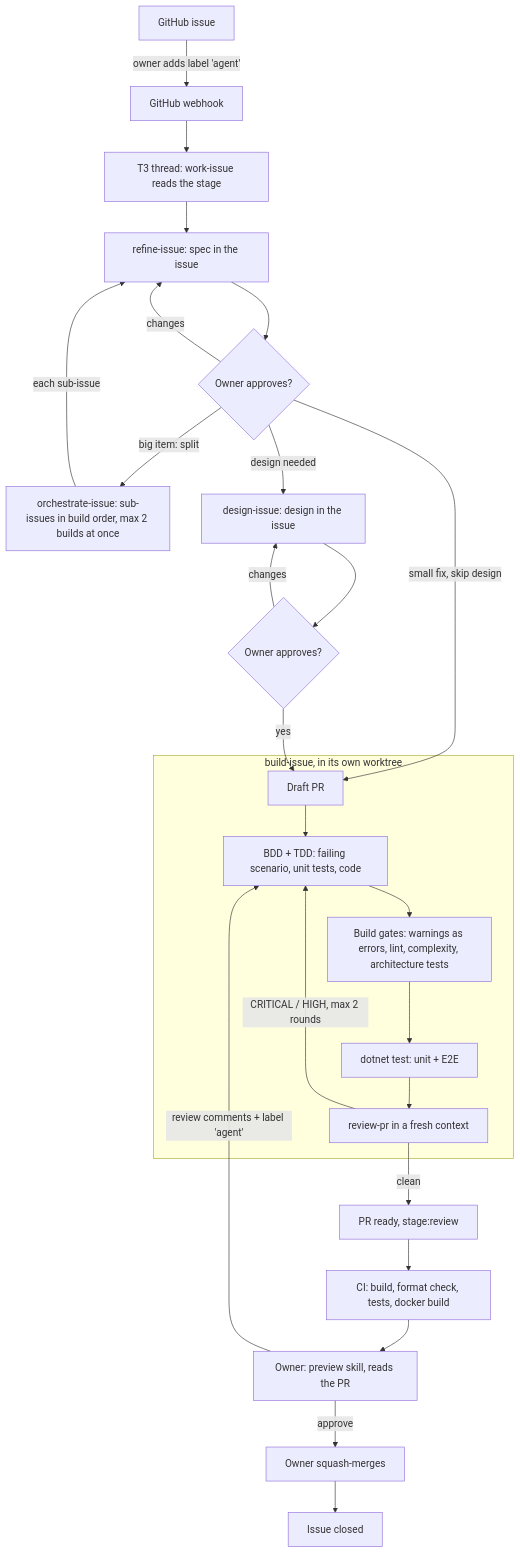
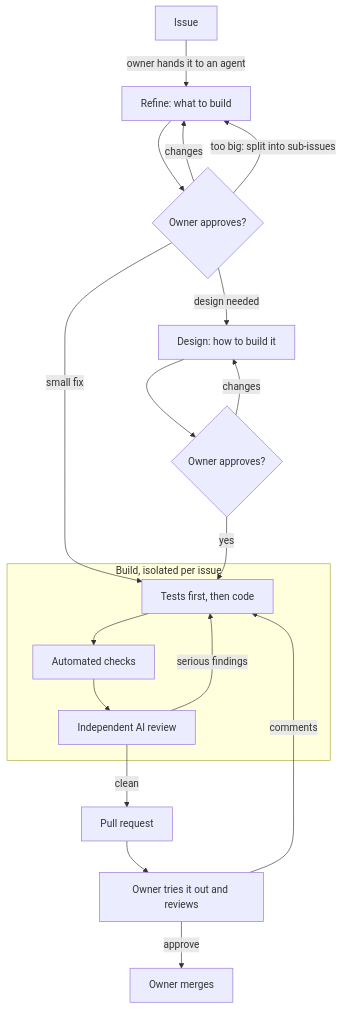
Before and after one commit to dennis-kaminski-cp/rotation-tracker: the diagram in README.md, drawn with Mermaid. The commit also changed other lines of this file, not shown here.

Commit message:
docs: README describes the AI workflow and guard rails without file or rule details

````diff
--- a/README.md
+++ b/README.md
@@ -31,31 +31,23 @@
 ```mermaid
 flowchart TD
-    issue["GitHub issue"] -->|"owner adds label 'agent'"| hook["GitHub webhook"]
-    hook --> thread["T3 thread: work-issue reads the stage"]
-
-    thread --> refine["refine-issue: spec in the issue"]
+    issue["Issue"] -->|"owner hands it to an agent"| refine["Refine: what to build"]
     refine --> ok1{"Owner approves?"}
     ok1 -->|"changes"| refine
-    ok1 -->|"big item: split"| orch["orchestrate-issue: sub-issues in build order, max 2 builds at once"]
-    ok1 -->|"design needed"| design["design-issue: design in the issue"]
-    ok1 -->|"small fix, skip design"| build
-    orch -->|"each sub-issue"| refine
+    ok1 -->|"too big: split into sub-issues"| refine
+    ok1 -->|"design needed"| design["Design: how to build it"]
+    ok1 -->|"small fix"| build
     design --> ok2{"Owner approves?"}
     ok2 -->|"changes"| design
     ok2 -->|"yes"| build
 
-    subgraph buildbox ["build-issue, in its own worktree"]
-        build["Draft PR"] --> tdd["BDD + TDD: failing scenario, unit tests, code"]
-        tdd --> gates["Build gates: warnings as errors, lint, complexity, architecture tests"]
-        gates --> test["dotnet test: unit + E2E"]
-        test --> review["review-pr in a fresh context"]
-        review -->|"CRITICAL / HIGH, max 2 rounds"| tdd
+    subgraph buildbox ["Build, isolated per issue"]
+        build["Tests first, then code"] --> gates["Automated checks"]
+        gates --> review["Independent AI review"]
+        review -->|"serious findings"| build
     end
 
-    review -->|"clean"| ready["PR ready, stage:review"]
-    ready --> ci["CI: build, format check, tests, docker build"]
-    ci --> preview["Owner: preview skill, reads the PR"]
-    preview -->|"review comments + label 'agent'"| tdd
-    preview -->|"approve"| merge["Owner squash-merges"]
-    merge --> done["Issue closed"]
+    review -->|"clean"| pr["Pull request"]
+    pr --> human["Owner tries it out and reviews"]
+    human -->|"comments"| build
+    human -->|"approve"| merge["Owner merges"]
 ```
````
